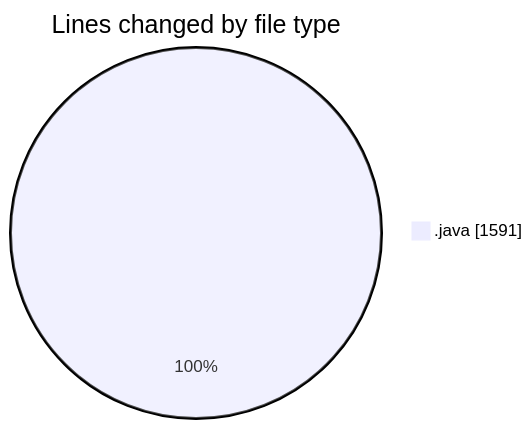
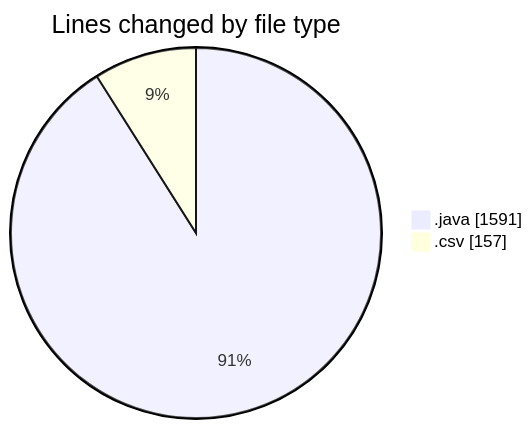
One commit to ricardozamudiocil/code-tracking changed the first of 2 diagrams in 2026-03-24/cilapp/README.md. Above: the diagram before and after it, drawn with Mermaid. The commit also changed other lines of this file and 1 other file, not shown here.

````diff
--- a/2026-03-24/cilapp/README.md
+++ b/2026-03-24/cilapp/README.md
@@ -24,5 +25,6 @@
 ```mermaid
 pie showData
 title Lines changed by file type
 ".java" : 1591
+".csv" : 157
 ```
````
